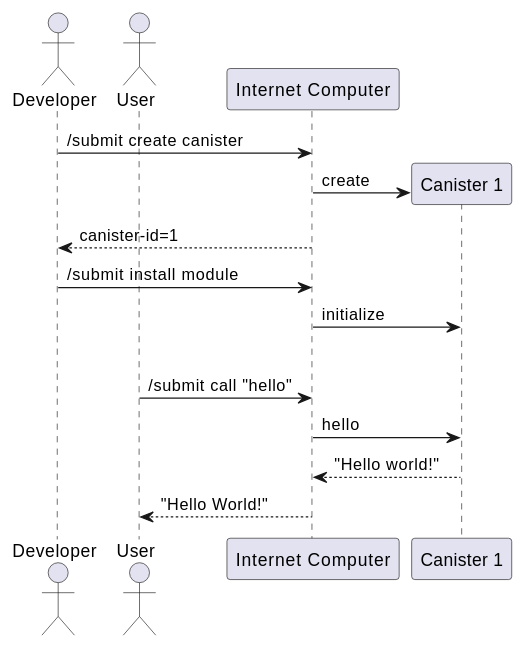
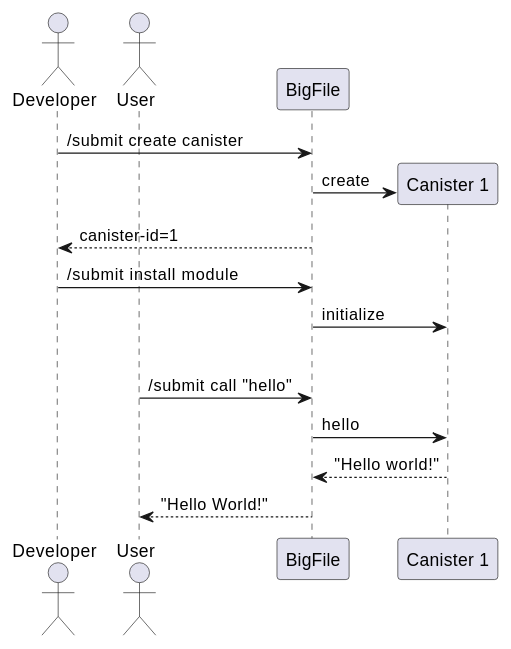
The first of 2 diagrams in submodules/interface-spec/spec/index.md (thebigfilecom/thebigfile-com-dev), drawn with PlantUML before and after one commit. The commit also changed other lines of this file and 297 other files, not shown here.

Commit message:
All Internet Computer to BigFile

````diff
--- a/submodules/interface-spec/spec/index.md
+++ b/submodules/interface-spec/spec/index.md
@@ -48,17 +48,17 @@
 ```plantuml
     actor Developer
     actor User
-    participant "Internet Computer" as BIG
+    participant "BigFile" as BIG
     participant "Canister 1" as Can1
     Developer -> BIG : /submit create canister
     create Can1
     BIG -> Can1 : create
     Developer <-- BIG : canister-id=1
     Developer -> BIG : /submit install module
     BIG -> Can1 : initialize
     |||
     User -> BIG : /submit call "hello"
     BIG -> Can1 : hello
     return "Hello world!"
     User <-- BIG : "Hello World!"
 ```
````
